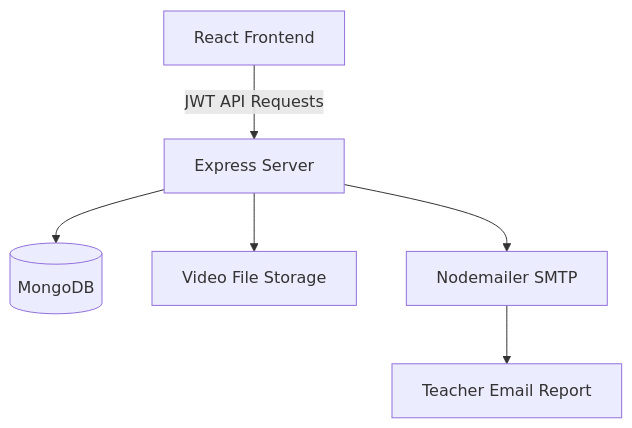
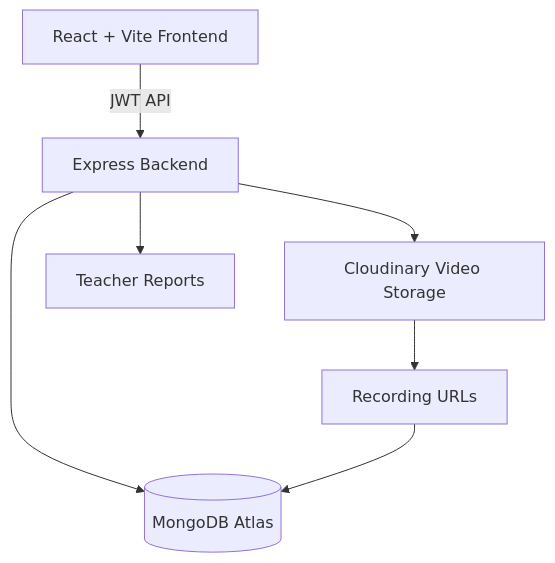
The diagram in README.md (THIRUMULANATHAN/Assessment-and-Test-System), drawn with Mermaid before and after one commit. The commit also changed other lines of this file and 4 other files, not shown here.

````diff
--- a/README.md
+++ b/README.md
@@ -192,13 +223,18 @@
 ```mermaid
 graph TD
 
-A[React Frontend] -->|JWT API Requests| B[Express Server]
+A[React + Vite Frontend]
 
-B --> C[(MongoDB)]
+A -->|JWT API| B[Express Backend]
 
-B --> D[Video File Storage]
+B --> C[(MongoDB Atlas)]
 
-B --> E[Nodemailer SMTP]
+B --> D[Cloudinary Video Storage]
 
-E --> F[Teacher Email Report]
+D --> E[Recording URLs]
+
+E --> C
+
+B --> F[Teacher Reports]
+
 ```
````
